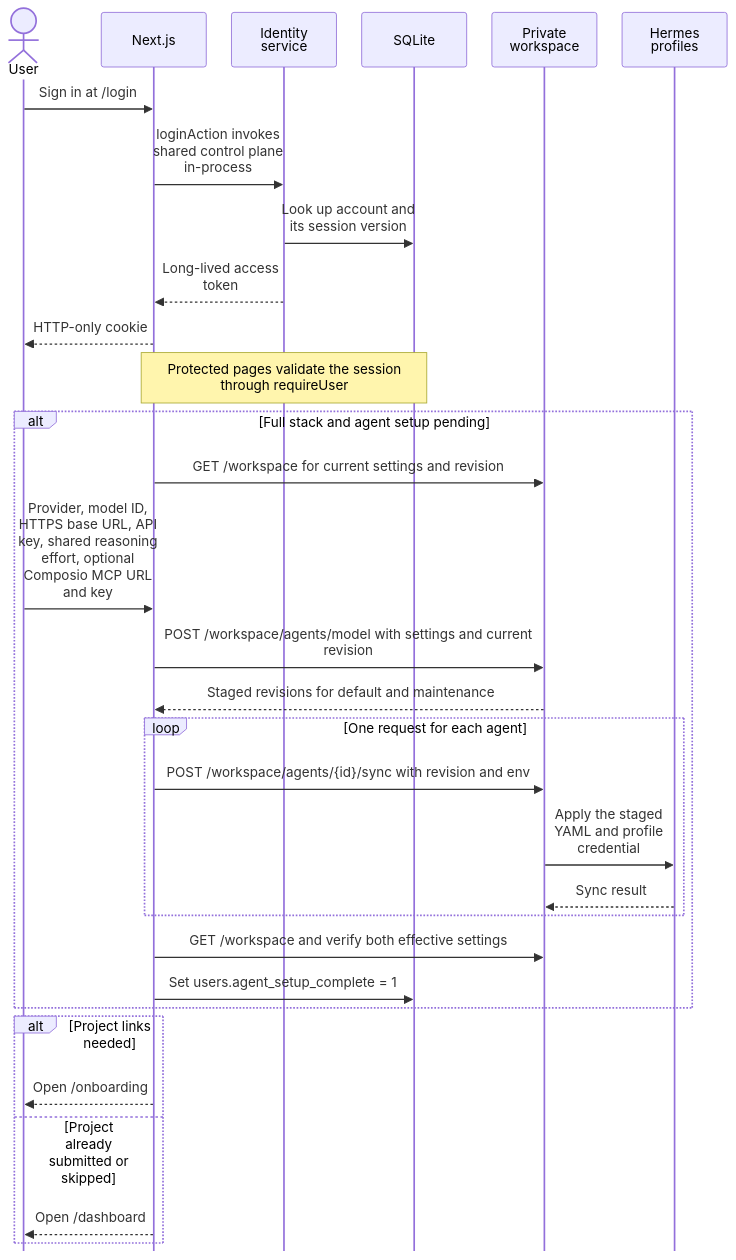
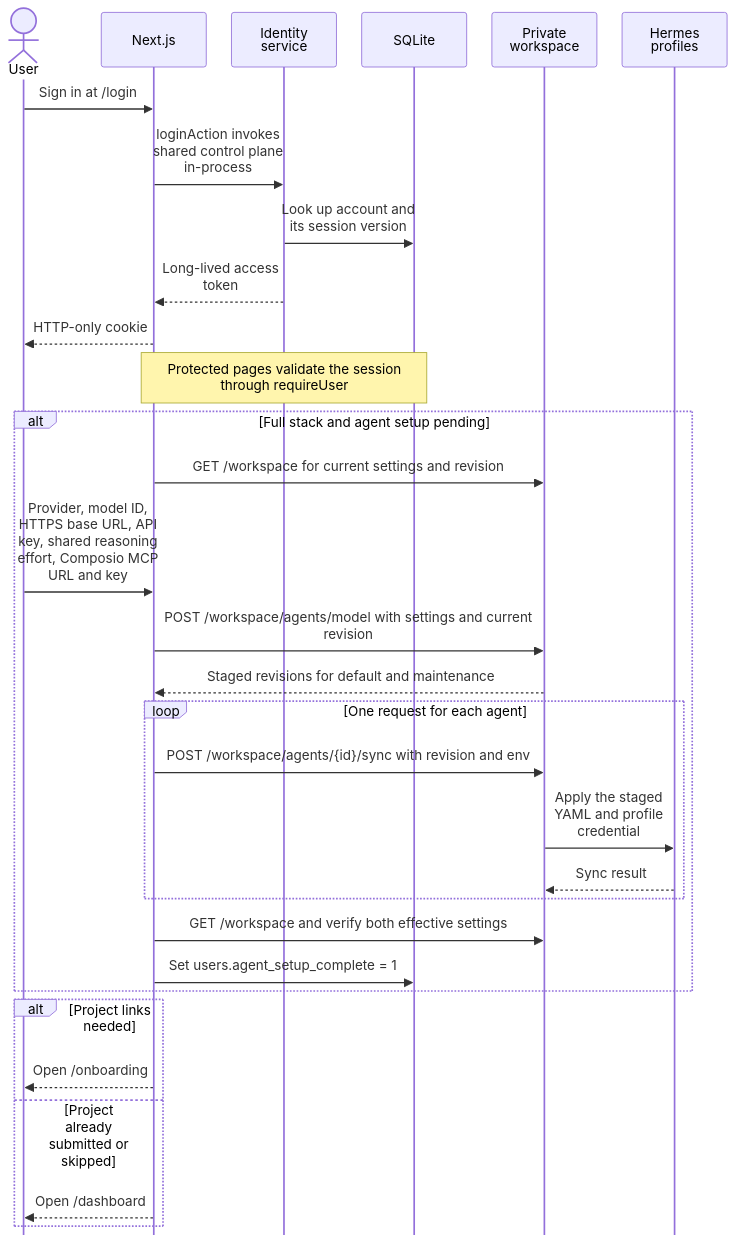
One commit to openmarketing-agency/openmarketing.agency changed the second of 6 diagrams in docs/architecture.md. Above: the diagram before and after it, drawn with Mermaid. The commit also changed other lines of this file and 6 other files, not shown here.

First line of the commit message:
feat(console): require the Composio MCP server in agent setup

````diff
--- a/docs/architecture.md
+++ b/docs/architecture.md
@@ -51,43 +51,43 @@
 ```mermaid
 ---
 config:
   sequence:
     actorMargin: 30
     width: 125
     diagramMarginX: 12
     wrap: true
     mirrorActors: false
 ---
 sequenceDiagram
     actor User
     participant Next as Next.js
     participant Identity as Identity service
     participant DB as SQLite
     participant WS as Private workspace
     participant H as Hermes profiles
 
     User->>Next: Sign in at /login
     Next->>Identity: loginAction invokes shared control plane in-process
     Identity->>DB: Look up account and its session version
     Identity-->>Next: Long-lived access token
     Next-->>User: HTTP-only cookie
     Note over Next,DB: Protected pages validate the session through requireUser
     alt Full stack and agent setup pending
         Next->>WS: GET /workspace for current settings and revision
-        User->>Next: Provider, model ID, HTTPS base URL, API key, shared reasoning effort, optional Composio MCP URL and key
+        User->>Next: Provider, model ID, HTTPS base URL, API key, shared reasoning effort, Composio MCP URL and key
         Next->>WS: POST /workspace/agents/model with settings and current revision
         WS-->>Next: Staged revisions for default and maintenance
         loop One request for each agent
             Next->>WS: POST /workspace/agents/{id}/sync with revision and env
             WS->>H: Apply the staged YAML and profile credential
             H-->>WS: Sync result
         end
         Next->>WS: GET /workspace and verify both effective settings
         Next->>DB: Set users.agent_setup_complete = 1
     end
     alt Project links needed
         Next-->>User: Open /onboarding
     else Project already submitted or skipped
         Next-->>User: Open /dashboard
     end
 ```
````
